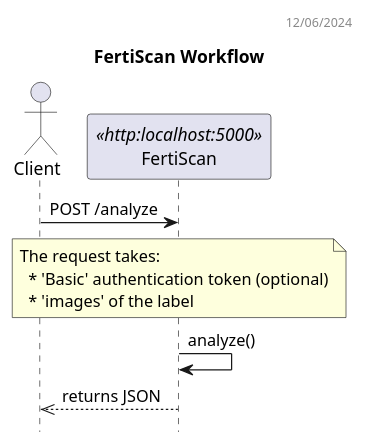
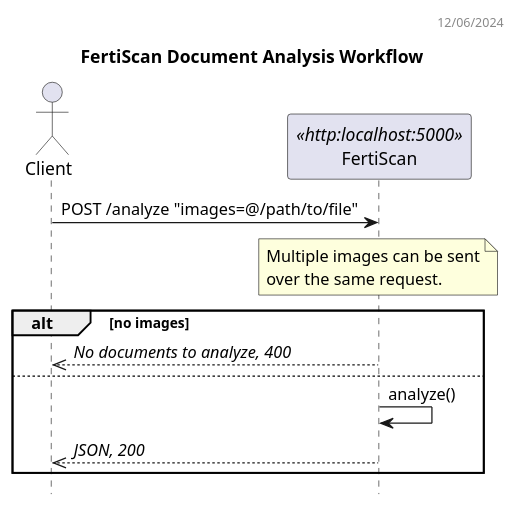
One commit to ai-cfia/fertiscan-backend changed the diagram in docs/workflow_dss.puml. Above: the diagram before and after it, drawn with PlantUML. The commit also changed 4 other files, not shown here.

Commit message:
doc: update diagrams

```diff
--- a/docs/workflow_dss.puml
+++ b/docs/workflow_dss.puml
@@ -1,19 +1,23 @@
 @startuml FertiScan Sequence Diagram
 header 12/06/2024
 
-title FertiScan Workflow
+title FertiScan Document Analysis Workflow
 hide empty members
 hide footbox
 
 actor "Client" as C
 participant FertiScan as F <<http:localhost:5000>>
 
-C -> F: POST /analyze
+C -> F: POST /analyze "images=@/path/to/file"
 note over F
-  The request takes:
-    * 'Basic' authentication token (optional)
-    * 'images' of the label
+  Multiple images can be sent
+  over the same request.
 end note
-F -> F: analyze()  
-C <<-- F: returns JSON
+alt no images
+  C <<-- F: //No documents to analyze, 400//
+else
+  F -> F: analyze()  
+  C <<-- F: //JSON, 200//
+end
+
 @enduml
```
